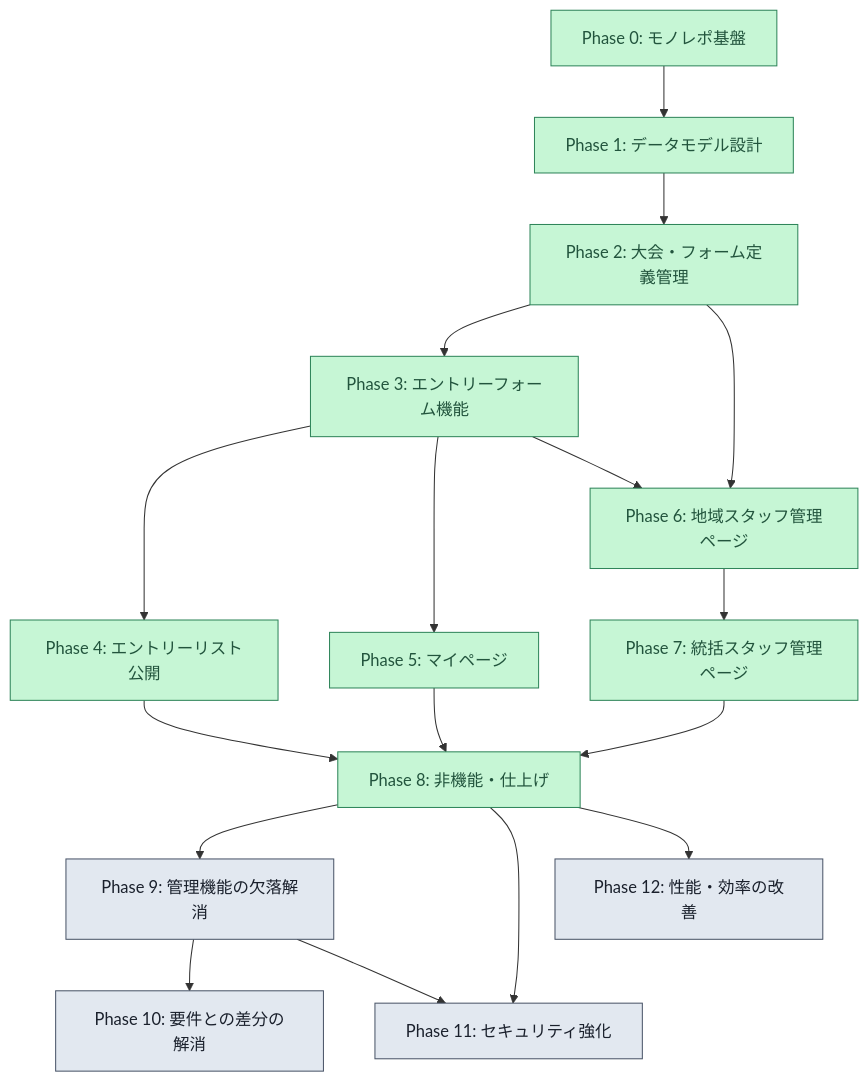
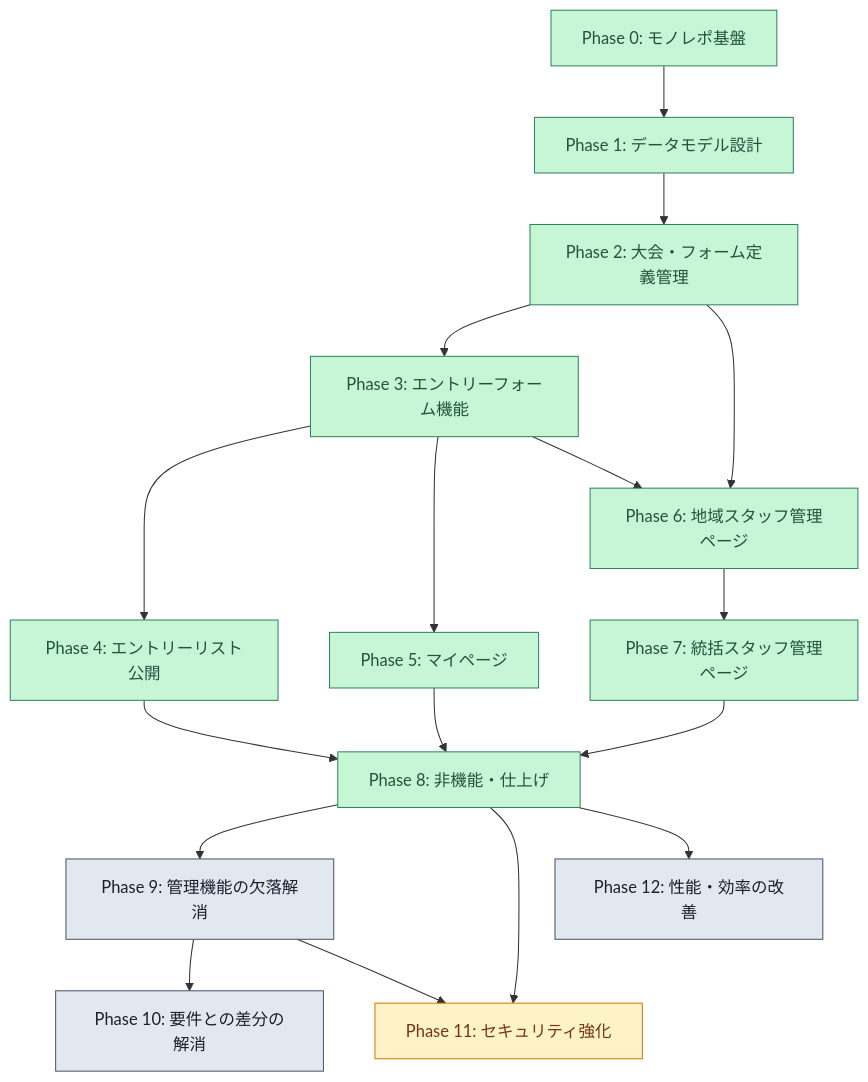
The first of 12 diagrams in tasks.md (m-uesaka/regional-quiz-entry-form), drawn with Mermaid before and after one commit. The commit also changed other lines of this file and 59 other files, not shown here.

````diff
--- a/tasks.md
+++ b/tasks.md
@@ -97,24 +97,24 @@
 ```mermaid
 graph TD
   P0["Phase 0: モノレポ基盤"]:::done --> P1["Phase 1: データモデル設計"]:::done
   P1 --> P2["Phase 2: 大会・フォーム定義管理"]:::done
   P2 --> P3["Phase 3: エントリーフォーム機能"]:::done
   P3 --> P4["Phase 4: エントリーリスト公開"]:::done
   P3 --> P5["Phase 5: マイページ"]:::done
   P2 --> P6["Phase 6: 地域スタッフ管理ページ"]:::done
   P3 --> P6
   P6 --> P7["Phase 7: 統括スタッフ管理ページ"]:::done
   P4 --> P8["Phase 8: 非機能・仕上げ"]:::done
   P5 --> P8
   P7 --> P8
 
   P8 --> P9["Phase 9: 管理機能の欠落解消"]:::todo
   P9 --> P10["Phase 10: 要件との差分の解消"]:::todo
-  P8 --> P11["Phase 11: セキュリティ強化"]:::todo
+  P8 --> P11["Phase 11: セキュリティ強化"]:::wip
   P9 --> P11
   P8 --> P12["Phase 12: 性能・効率の改善"]:::todo
 
   classDef done fill:#c6f6d5,stroke:#2f855a,color:#22543d;
   classDef wip fill:#fef3c7,stroke:#d97706,color:#78350f;
   classDef todo fill:#e2e8f0,stroke:#4a5568,color:#1a202c;
 ```
````
